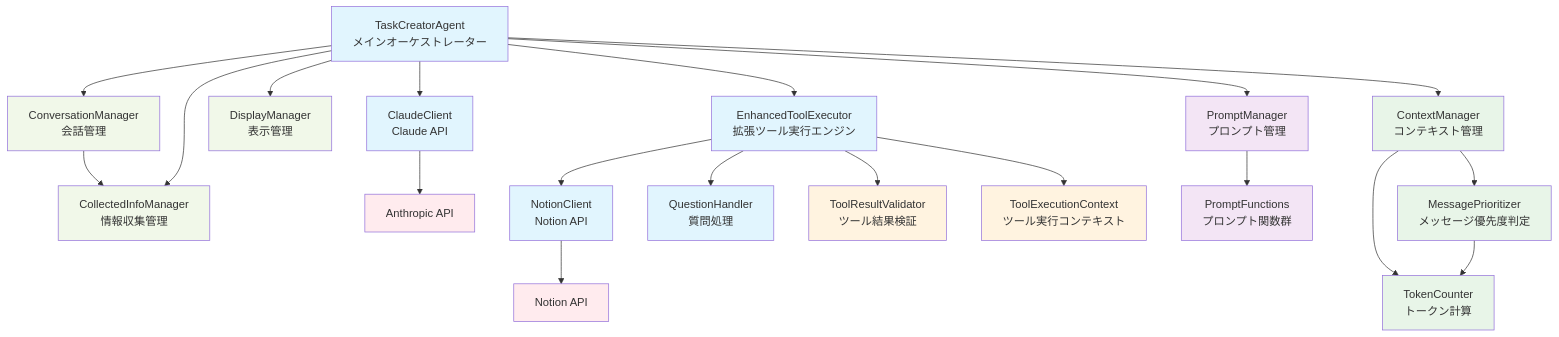
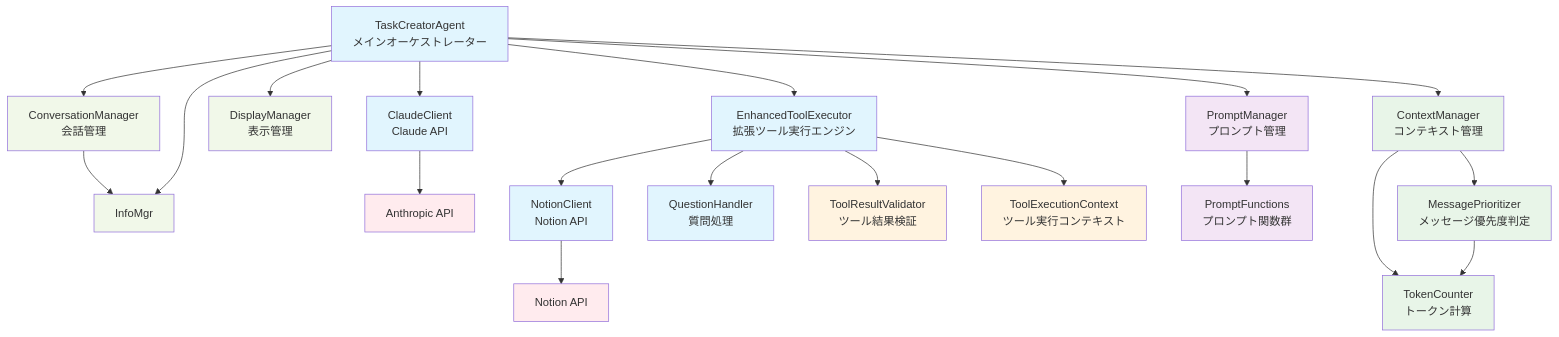
One commit to shomrkm/shochan_ai changed the first of 7 diagrams in docs/ARCHITECTURE.md. Above: the diagram before and after it, drawn with Mermaid. The commit also changed other lines of this file and 5 other files, not shown here.

Commit message:
refactor: Remove CollectedInfoManager from TaskCreatorAgent, simplifying information handling by directly using conversation history and enhancing overall clarity in the architecture

````diff
--- a/docs/ARCHITECTURE.md
+++ b/docs/ARCHITECTURE.md
@@ -7,78 +7,77 @@
 ```mermaid
 graph TB
     %% Main Agent
     Agent[TaskCreatorAgent<br/>メインオーケストレーター]
     
     %% Conversation Management Components (NEW!)
     ConversationMgr[ConversationManager<br/>会話管理]
-    InfoMgr[CollectedInfoManager<br/>情報収集管理]
     DisplayMgr[DisplayManager<br/>表示管理]
     
     %% Factor 1: Core Components
     Claude[ClaudeClient<br/>Claude API]
     ToolExec[EnhancedToolExecutor<br/>拡張ツール実行エンジン]
     Notion[NotionClient<br/>Notion API]
     QuestionHandler[QuestionHandler<br/>質問処理]
     
     %% Factor 2: Prompt Management
     PromptMgr[PromptManager<br/>プロンプト管理]
     PromptFuncs[PromptFunctions<br/>プロンプト関数群]
     
     %% Factor 3: Context Management
     ContextMgr[ContextManager<br/>コンテキスト管理]
     TokenCounter[TokenCounter<br/>トークン計算]
     MsgPrioritizer[MessagePrioritizer<br/>メッセージ優先度判定]
     
     %% Factor 4: Tool Enhancement Components
     ToolValidator[ToolResultValidator<br/>ツール結果検証]
     ToolContext[ToolExecutionContext<br/>ツール実行コンテキスト]
     
     %% External APIs
     AnthropicAPI[Anthropic API]
     NotionAPI[Notion API]
     
     %% Agent Dependencies (Refactored!)
     Agent --> ConversationMgr
     Agent --> InfoMgr
     Agent --> DisplayMgr
     Agent --> Claude
     Agent --> ToolExec
     Agent --> PromptMgr
     Agent --> ContextMgr
     
     %% Conversation Management Dependencies
     ConversationMgr --> InfoMgr
     
     %% Factor 1 Dependencies
     Claude --> AnthropicAPI
     ToolExec --> Notion
     ToolExec --> QuestionHandler
     Notion --> NotionAPI
     
     %% Factor 2 Dependencies
     PromptMgr --> PromptFuncs
     
     %% Factor 3 Dependencies
     ContextMgr --> TokenCounter
     ContextMgr --> MsgPrioritizer
     MsgPrioritizer --> TokenCounter
     
     %% Factor 4 Dependencies
     ToolExec --> ToolValidator
     ToolExec --> ToolContext
     
     %% Styling
     classDef factor1 fill:#e1f5fe
     classDef factor2 fill:#f3e5f5
     classDef factor3 fill:#e8f5e8
     classDef factor4 fill:#fff3e0
     classDef conversation fill:#f1f8e9
     classDef external fill:#ffebee
     
     class Agent,Claude,ToolExec,Notion,QuestionHandler factor1
     class PromptMgr,PromptFuncs factor2
     class ContextMgr,TokenCounter,MsgPrioritizer factor3
     class ToolValidator,ToolContext factor4
     class ConversationMgr,InfoMgr,DisplayMgr conversation
     class AnthropicAPI,NotionAPI external
 ```
````
